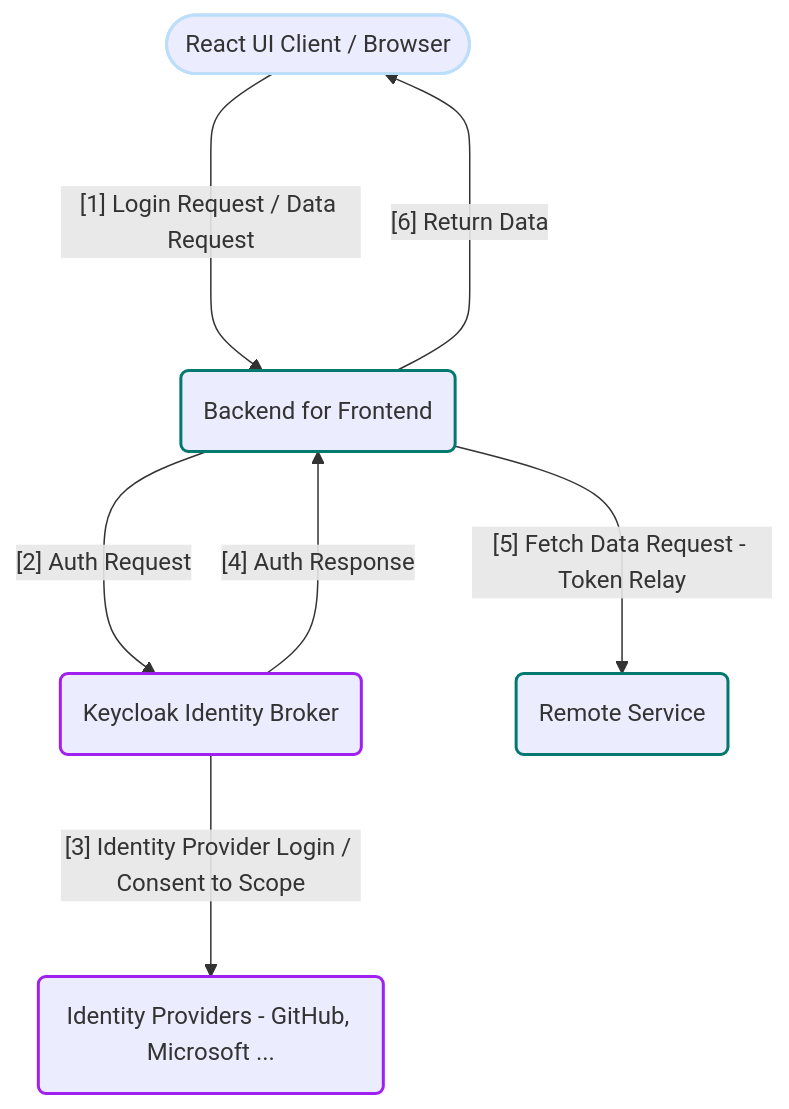
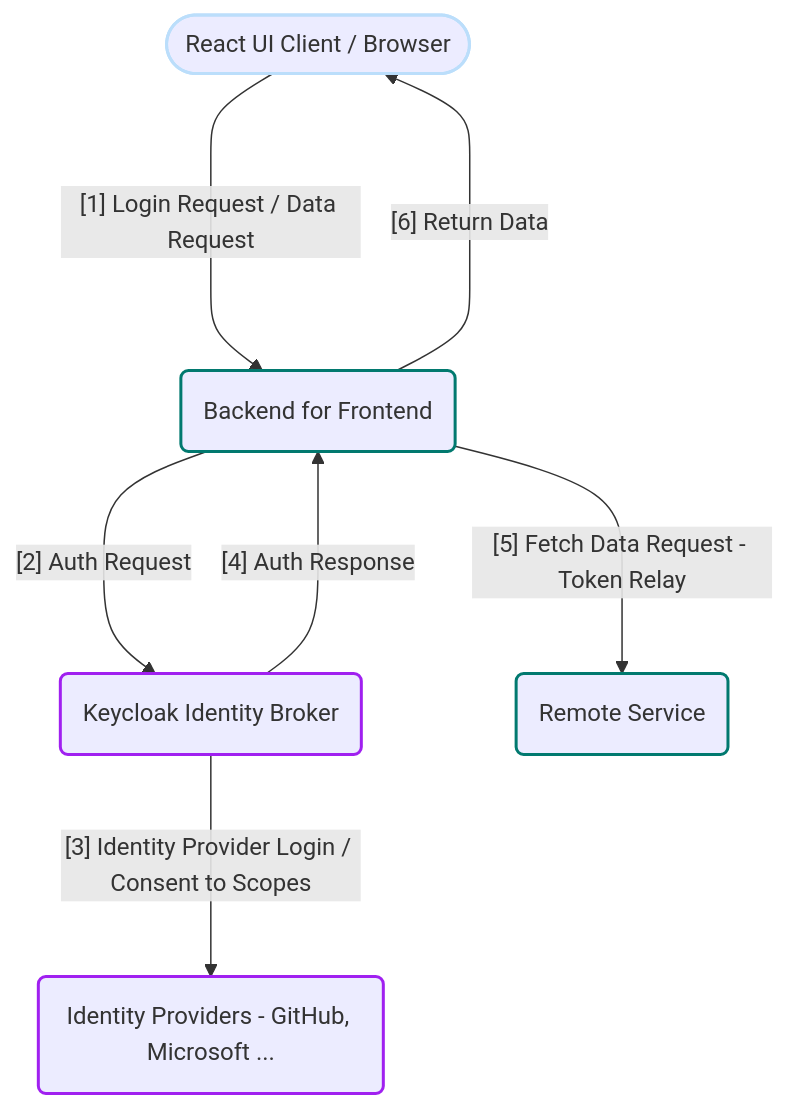
The diagram in _posts/2024-09-26-cloud-native-spring-with-spa-and-key-cloak.md (CynicDog/CynicDog.github.io), drawn with Mermaid before and after one commit. The commit also changed other lines of this file, not shown here.

````diff
--- a/_posts/2024-09-26-cloud-native-spring-with-spa-and-key-cloak.md
+++ b/_posts/2024-09-26-cloud-native-spring-with-spa-and-key-cloak.md
@@ -22,21 +22,21 @@
 ```mermaid 
 flowchart TD
     A([React UI Client / Browser ]) ----> |"[1] Login Request / Data Request"| B(Backend for Frontend)
     B ---> |"[2] Auth Request"| C(Keycloak Identity Broker)
-    C ---> |"[3] Identity Provider Login / Consent to Scope"| D(Identity Providers - GitHub, Microsoft ...)
+    C ---> |"[3] Identity Provider Login / Consent to Scopes"| D(Identity Providers - GitHub, Microsoft ...)
     C --> |"[4] Auth Response"| B
     B ---> |"[5] Fetch Data Request - Token Relay"| E(Remote Service)
     B --> |"[6] Return Data"| A
 
     classDef container stroke:#333,stroke-width:1px;
     class ,E container;
 
     classDef react stroke:#BBDEFB,stroke-width:2px;
     class A react
 
     classDef idp stroke:#A020F0,stroke-width:2px;
     class C,D idp
 
     classDef remote stroke:#01796F,stroke-width:2px;
     class B,E remote
 ```
````
